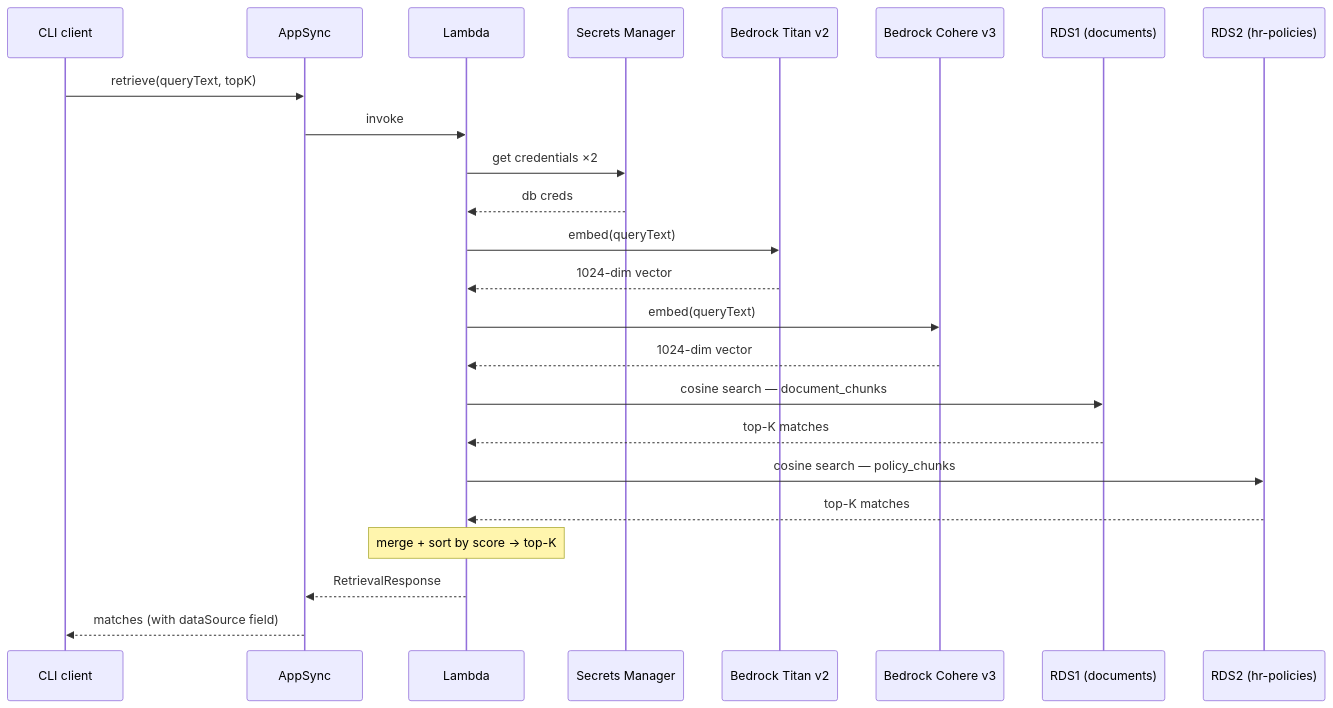
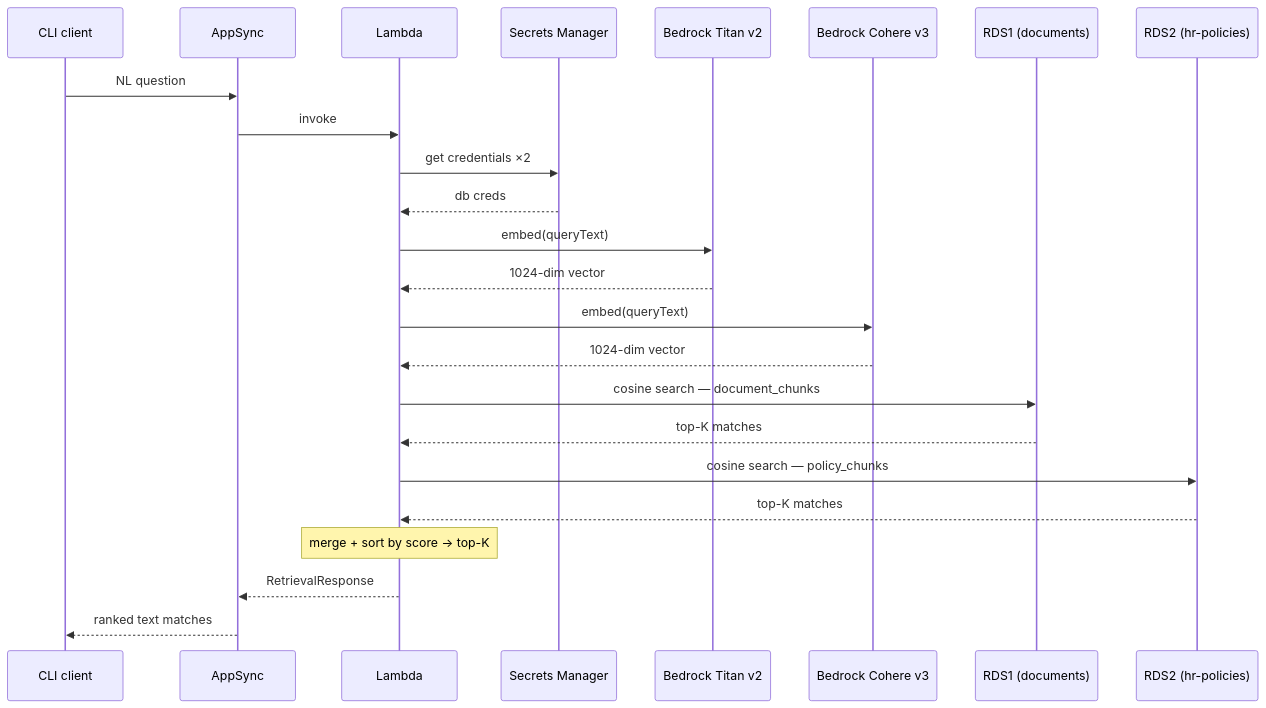
The second of 2 diagrams in docs/demo.md (pwang-hydrafacial/fm-appsync-embedding-retrieval-poc), drawn with Mermaid before and after one commit. The commit also changed other lines of this file and 1 other file, not shown here.

First line of the commit message:
Polish diagrams: remove ASCII fallbacks, color RDS nodes, clarify NL text flow

````diff
--- a/docs/demo.md
+++ b/docs/demo.md
@@ -44,27 +47,27 @@
 ```mermaid
 sequenceDiagram
     participant CLI as CLI client
     participant AS as AppSync
     participant L as Lambda
     participant SM as Secrets Manager
     participant B1 as Bedrock Titan v2
     participant B2 as Bedrock Cohere v3
     participant DB1 as RDS1 (documents)
     participant DB2 as RDS2 (hr-policies)
 
-    CLI->>AS: retrieve(queryText, topK)
+    CLI->>AS: NL question
     AS->>L: invoke
     L->>SM: get credentials ×2
     SM-->>L: db creds
     L->>B1: embed(queryText)
     B1-->>L: 1024-dim vector
     L->>B2: embed(queryText)
     B2-->>L: 1024-dim vector
     L->>DB1: cosine search — document_chunks
     DB1-->>L: top-K matches
     L->>DB2: cosine search — policy_chunks
     DB2-->>L: top-K matches
     Note over L: merge + sort by score → top-K
     L-->>AS: RetrievalResponse
-    AS-->>CLI: matches (with dataSource field)
+    AS-->>CLI: ranked text matches
 ```
````
